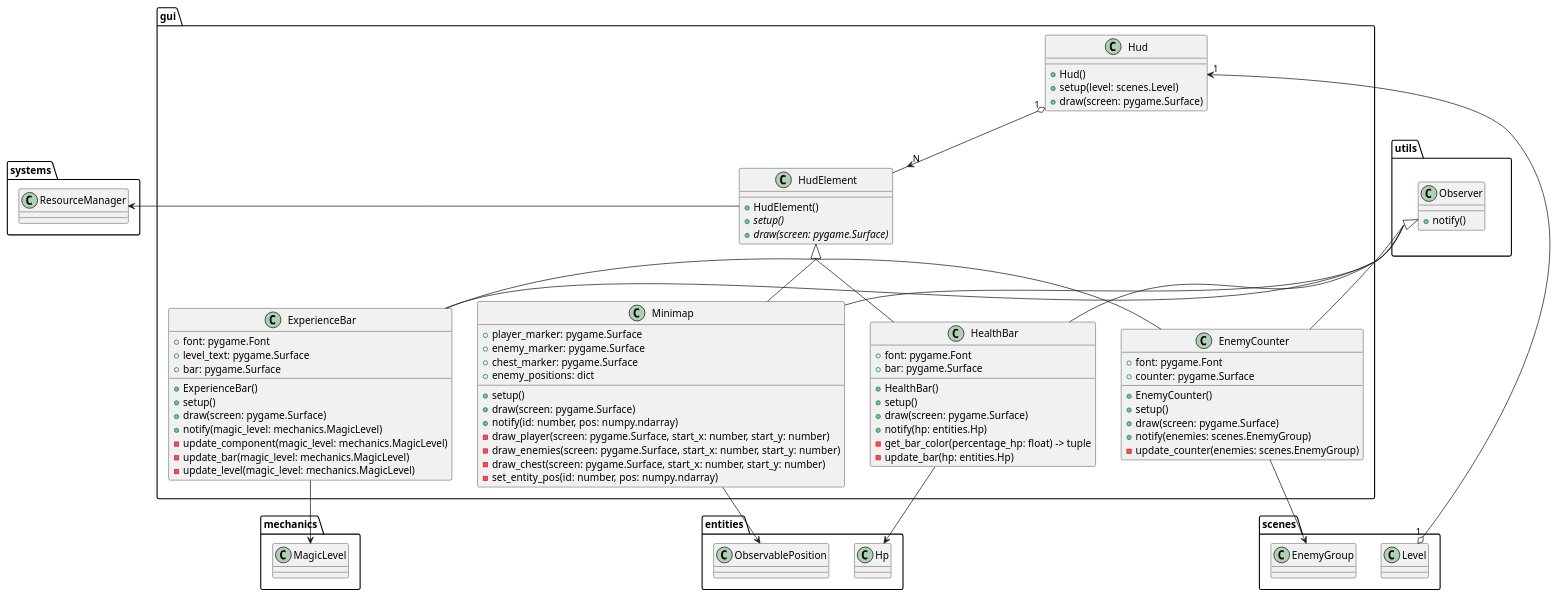
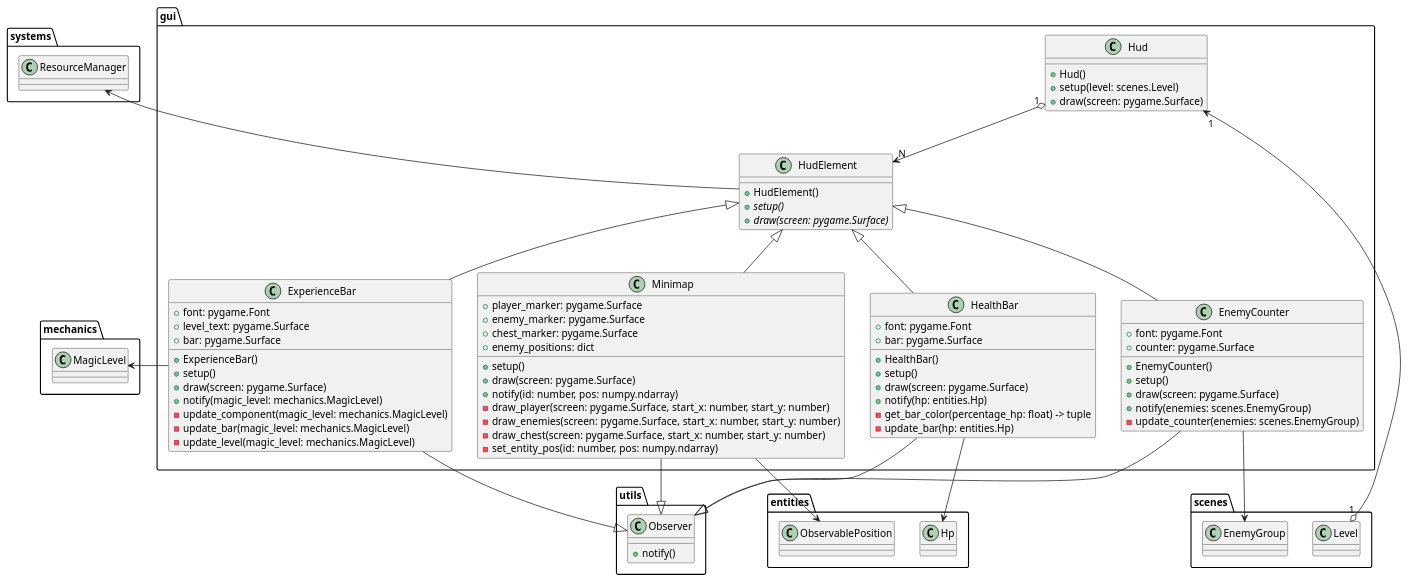
Before and after one commit to daavidrgz/galactic-gambit: the diagram in docs/diagrams/hud.pu, drawn with PlantUML. The commit also changed 2 other files, not shown here.

```diff
--- a/docs/diagrams/hud.pu
+++ b/docs/diagrams/hud.pu
@@ -1,88 +1,88 @@
 @startuml hud 
-
-skinparam groupInheritance 2
 
 class utils.Observer {
   + notify()
 }
 
 class gui.Hud {
 	+ Hud()
 	+ setup(level: scenes.Level)
 	+ draw(screen: pygame.Surface)
 }
 gui.Hud "1" o-down-> "N" gui.HudElement
 scenes.Level "1" o--> "1" gui.Hud
 
 class gui.HudElement {
 	+ HudElement()
 	{abstract} + setup()	
 	{abstract} + draw(screen: pygame.Surface)
 }
-gui.HudElement -left-> systems.ResourceManager
+gui.HudElement -up-> systems.ResourceManager
 
 class gui.EnemyCounter {
 	+ font: pygame.Font
 	+ counter: pygame.Surface
 
 	+ EnemyCounter()
 	+ setup()
 	+ draw(screen: pygame.Surface)
 	+ notify(enemies: scenes.EnemyGroup)
 	- update_counter(enemies: scenes.EnemyGroup)
 }
 gui.EnemyCounter --> scenes.EnemyGroup
 gui.EnemyCounter -up-|> gui.HudElement
-gui.EnemyCounter -up-|> utils.Observer
+gui.EnemyCounter -down-|> utils.Observer
 
 class gui.ExperienceBar {
 	+ font: pygame.Font
 	+ level_text: pygame.Surface
 	+ bar: pygame.Surface
 
 	+ ExperienceBar()
 	+ setup()
 	+ draw(screen: pygame.Surface)
 	+ notify(magic_level: mechanics.MagicLevel)
 	- update_component(magic_level: mechanics.MagicLevel)
 	- update_bar(magic_level: mechanics.MagicLevel)
 	- update_level(magic_level: mechanics.MagicLevel)
 }
-gui.ExperienceBar --> mechanics.MagicLevel
+gui.ExperienceBar -left-> mechanics.MagicLevel
 gui.ExperienceBar -up-|> gui.HudElement
-gui.ExperienceBar -up-|> utils.Observer
+gui.ExperienceBar -down-|> utils.Observer
 
 class gui.HealthBar {
 	+ font: pygame.Font
 	+ bar: pygame.Surface
 
 	+ HealthBar()
 	+ setup()
 	+ draw(screen: pygame.Surface)
 	+ notify(hp: entities.Hp)
 	- get_bar_color(percentage_hp: float) -> tuple
 	- update_bar(hp: entities.Hp)
 }
 gui.HealthBar --> entities.Hp
 gui.HealthBar -up-|> gui.HudElement
-gui.HealthBar -up-|> utils.Observer
+gui.HealthBar -down-|> utils.Observer
 
 class gui.Minimap {
 	+ player_marker: pygame.Surface
 	+ enemy_marker: pygame.Surface
 	+ chest_marker: pygame.Surface
 	+ enemy_positions: dict
 
 	+ setup()
 	+ draw(screen: pygame.Surface)
 	+ notify(id: number, pos: numpy.ndarray)
 	- draw_player(screen: pygame.Surface, start_x: number, start_y: number)
 	- draw_enemies(screen: pygame.Surface, start_x: number, start_y: number)
 	- draw_chest(screen: pygame.Surface, start_x: number, start_y: number)
 	- set_entity_pos(id: number, pos: numpy.ndarray)
 }
 gui.Minimap --> entities.ObservablePosition
 gui.Minimap -up-|> gui.HudElement
-gui.Minimap -up-|> utils.Observer
+gui.Minimap -down-|> utils.Observer
+
+mechanics.MagicLevel -[hidden]- utils.Observer
 
 @enduml
```
